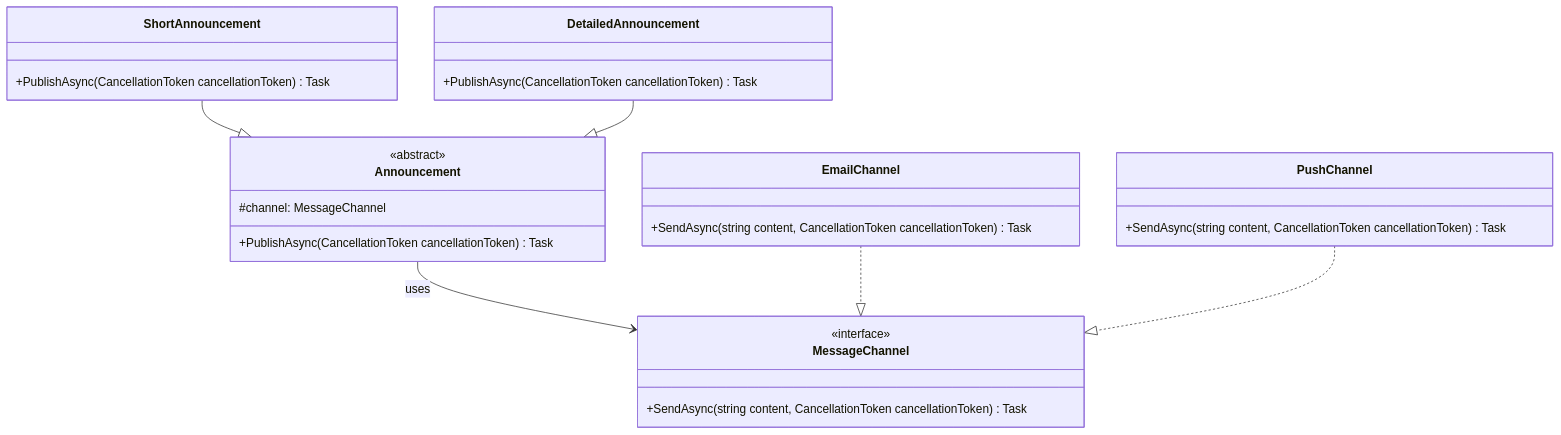
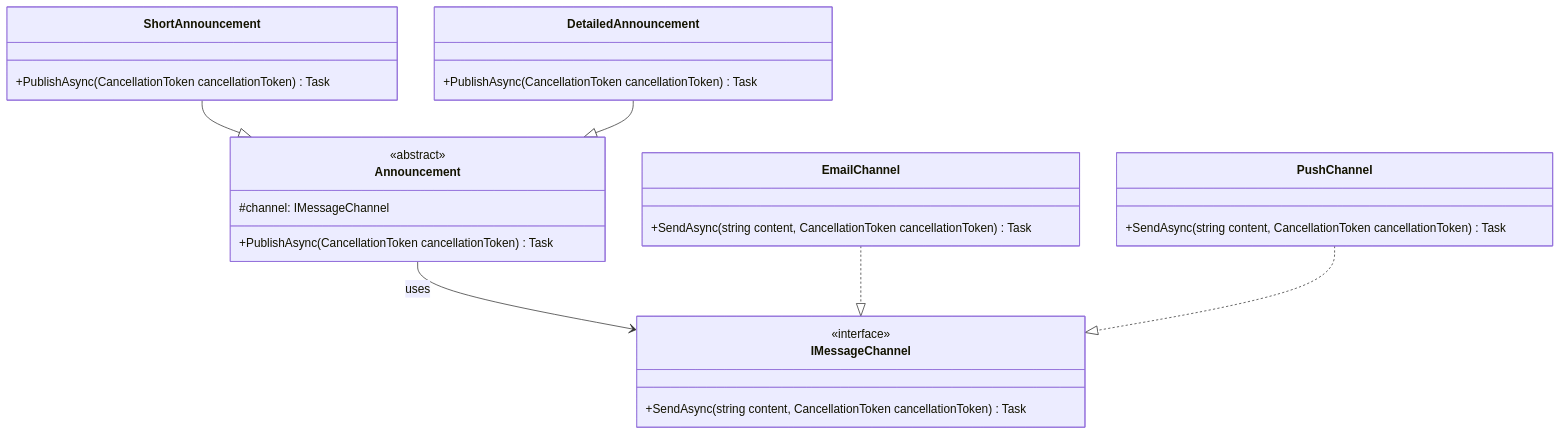
Before and after one commit to tarikgokhan/pattern-craft: the diagram in docs/application/structural/bridge.md, drawn with Mermaid. The commit also changed other lines of this file, not shown here.

Commit message:
docs: polish bridge diagram and example consistency
Agent-Logs-Url: https://github.com/tarikgokhan/pattern-craft/sessions/aaf3640e-d0c7-4988-9b4d-74c835d5b3a8

````diff
--- a/docs/application/structural/bridge.md
+++ b/docs/application/structural/bridge.md
@@ -32,35 +32,35 @@
 ```mermaid
 classDiagram
-    class MessageChannel {
+    class IMessageChannel {
         <<interface>>
         +SendAsync(string content, CancellationToken cancellationToken) Task
     }
 
     class Announcement {
         <<abstract>>
-        #channel: MessageChannel
+        #channel: IMessageChannel
         +PublishAsync(CancellationToken cancellationToken) Task
     }
 
     class ShortAnnouncement {
         +PublishAsync(CancellationToken cancellationToken) Task
     }
 
     class DetailedAnnouncement {
         +PublishAsync(CancellationToken cancellationToken) Task
     }
 
     class EmailChannel {
         +SendAsync(string content, CancellationToken cancellationToken) Task
     }
 
     class PushChannel {
         +SendAsync(string content, CancellationToken cancellationToken) Task
     }
 
-    Announcement --> MessageChannel : uses
+    Announcement --> IMessageChannel : uses
     ShortAnnouncement --|> Announcement
     DetailedAnnouncement --|> Announcement
-    EmailChannel ..|> MessageChannel
-    PushChannel ..|> MessageChannel
+    EmailChannel ..|> IMessageChannel
+    PushChannel ..|> IMessageChannel
 ```
````
